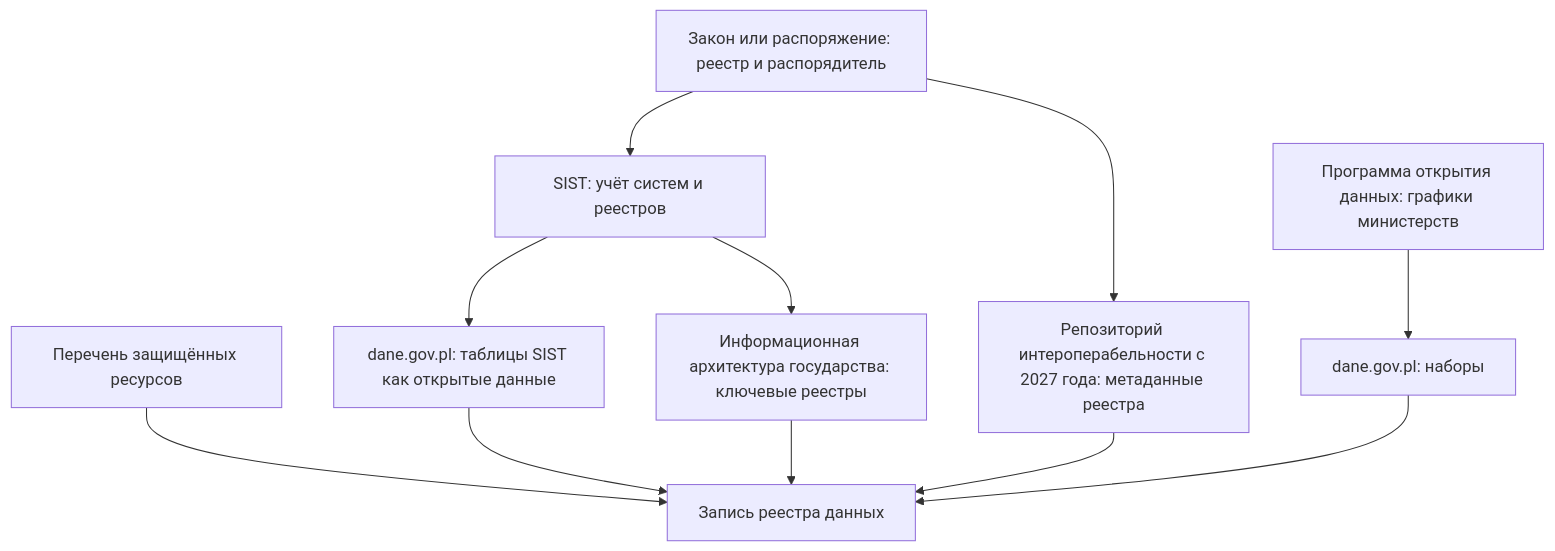
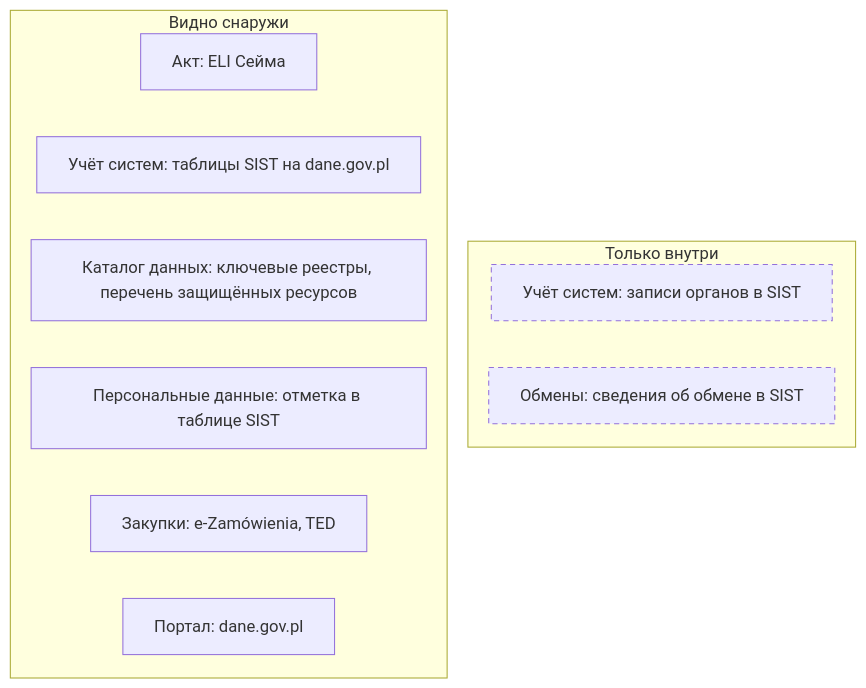
The first of 3 diagrams in docs/07-countries/05-poland.md (ivbeg/data-inventory), drawn with Mermaid before and after one commit. The commit also changed other lines of this file and 54 other files, not shown here.

````diff
--- a/docs/07-countries/05-poland.md
+++ b/docs/07-countries/05-poland.md
@@ -24,13 +13,21 @@
 ```mermaid
-flowchart TB
-  A["Закон или распоряжение: реестр и распорядитель"] --> S["SIST: учёт систем и реестров"]
-  S --> T["dane.gov.pl: таблицы SIST как открытые данные"]
-  S --> AIP["Информационная архитектура государства: ключевые реестры"]
-  A --> RI["Репозиторий интероперабельности с 2027 года: метаданные реестра"]
-  P["Программа открытия данных: графики министерств"] --> O["dane.gov.pl: наборы"]
-  G["Перечень защищённых ресурсов"] --> R["Запись реестра данных"]
-  T --> R
-  AIP --> R
-  RI --> R
-  O --> R
+---
+config:
+  flowchart:
+    wrappingWidth: 320
+    nodeSpacing: 20
+    rankSpacing: 20
+---
+flowchart LR
+  subgraph OUT["Видно снаружи"]
+    direction TB
+    A["Акт: ELI Сейма"] ~~~ S["Учёт систем: таблицы SIST на dane.gov.pl"] ~~~ C["Каталог данных: ключевые реестры, перечень защищённых ресурсов"] ~~~ D["Персональные данные: отметка в таблице SIST"] ~~~ Z["Закупки: e-Zamówienia, TED"] ~~~ P["Портал: dane.gov.pl"]
+  end
+  subgraph IN["Только внутри"]
+    direction TB
+    S2["Учёт систем: записи органов в SIST"] ~~~ E["Обмены: сведения об обмене в SIST"]
+  end
+  OUT ~~~ IN
+  classDef inside stroke-dasharray: 5 4
+  class S2,E inside
 ```
````
